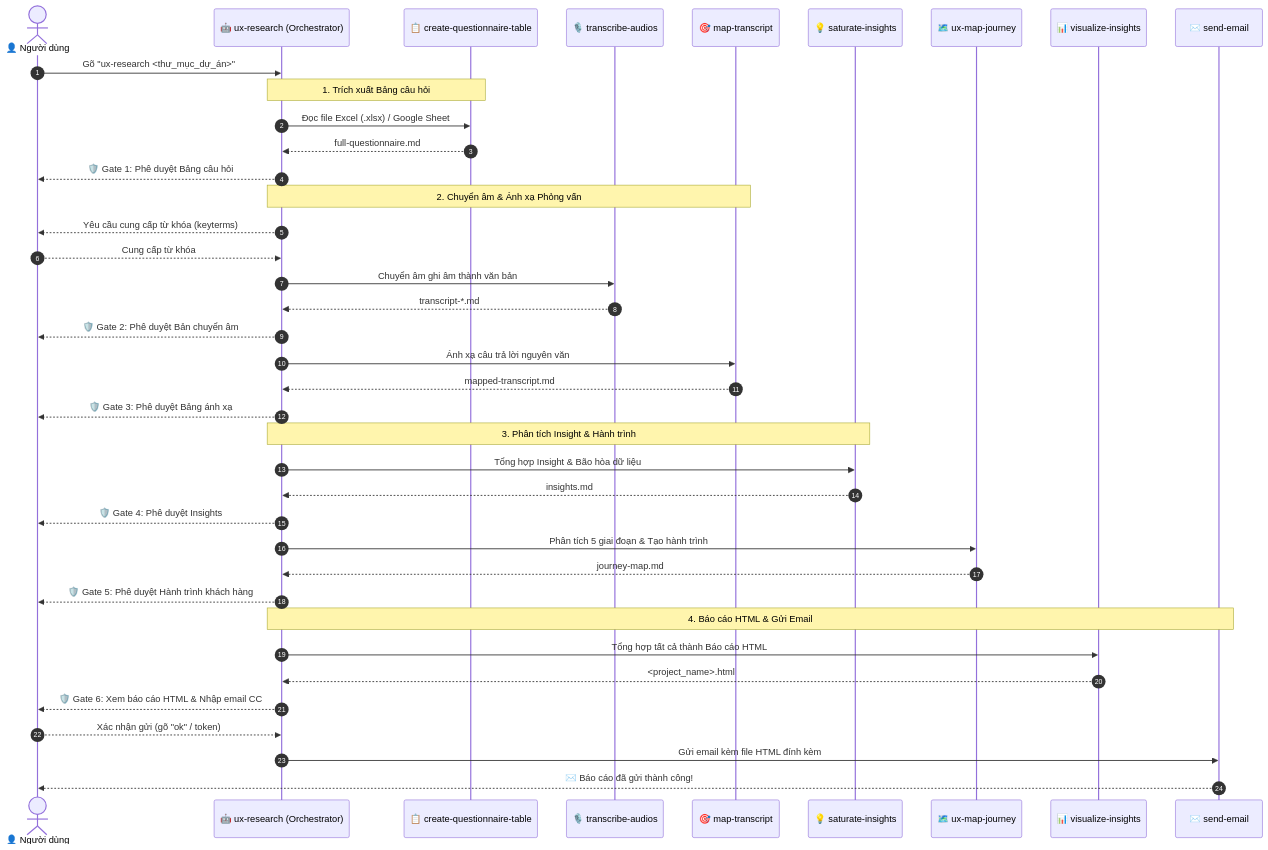
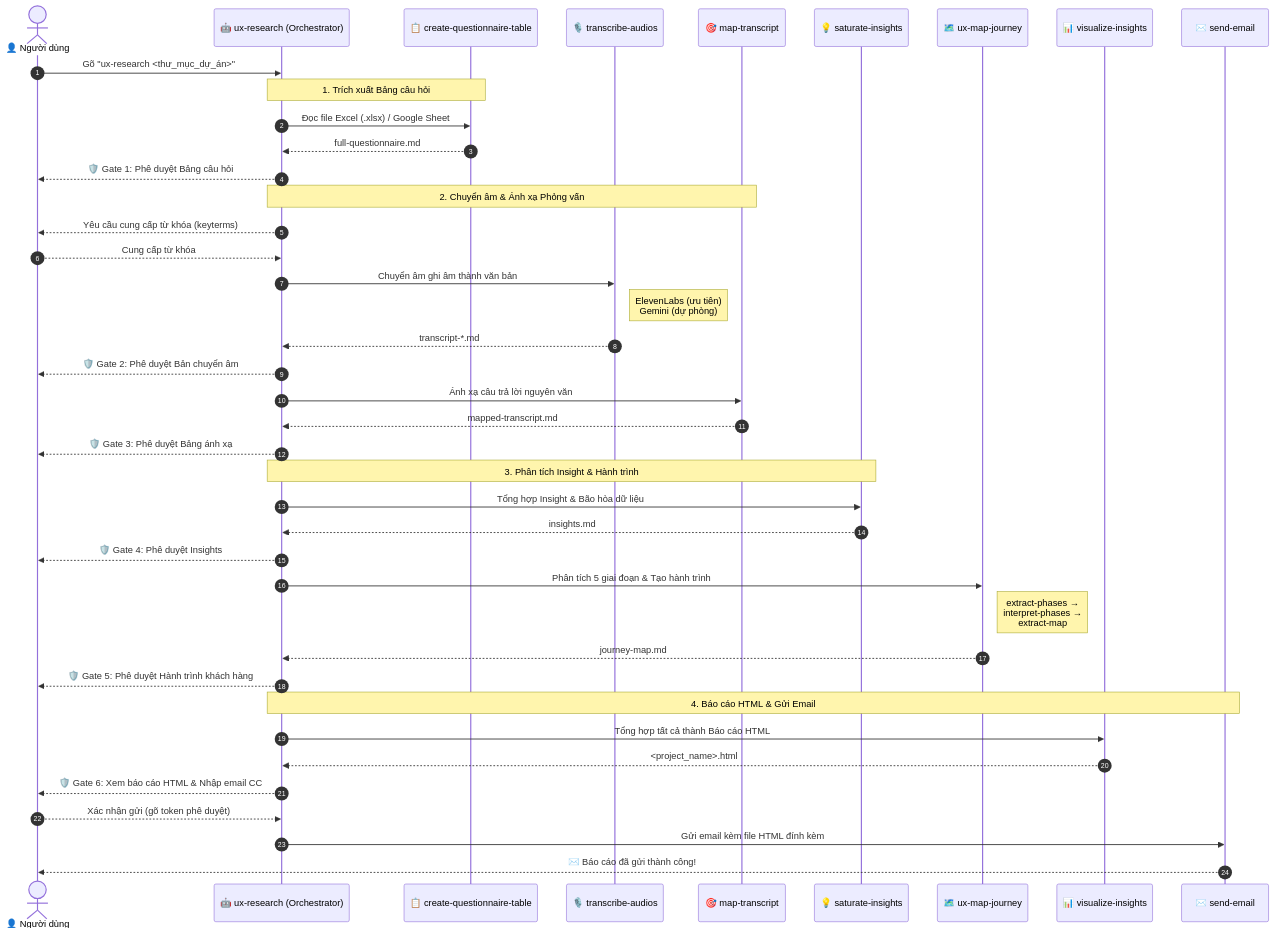
One commit to nguyenlamhai89/UX-Agent changed the diagram in README.md. Above: the diagram before and after it, drawn with Mermaid. The commit also changed other lines of this file, not shown here.

Commit message:
update: README.md with latest architecture, Gemini fallback, and all 9 skills documentation

````diff
--- a/README.md
+++ b/README.md
@@ -42,46 +93,48 @@
 ```mermaid
 sequenceDiagram
     autonumber
     actor User as 👤 Người dùng
     participant Parent as 🤖 ux-research (Orchestrator)
     participant CQT as 📋 create-questionnaire-table
     participant STT as 🎙️ transcribe-audios
     participant MT as 🎯 map-transcript
     participant SA as 💡 saturate-insights
     participant UXM as 🗺️ ux-map-journey
     participant VIS as 📊 visualize-insights
     participant EMAIL as ✉️ send-email
 
     User->>Parent: Gõ "ux-research <thư_mục_dự_án>"
     
     Note over Parent, CQT: 1. Trích xuất Bảng câu hỏi
     Parent->>CQT: Đọc file Excel (.xlsx) / Google Sheet
     CQT-->>Parent: full-questionnaire.md
     Parent-->>User: 🛡️ Gate 1: Phê duyệt Bảng câu hỏi
 
     Note over Parent, MT: 2. Chuyển âm & Ánh xạ Phỏng vấn
     Parent-->>User: Yêu cầu cung cấp từ khóa (keyterms)
     User-->>Parent: Cung cấp từ khóa
     Parent->>STT: Chuyển âm ghi âm thành văn bản
+    Note right of STT: ElevenLabs (ưu tiên)<br/>Gemini (dự phòng)
     STT-->>Parent: transcript-*.md
     Parent-->>User: 🛡️ Gate 2: Phê duyệt Bản chuyển âm
     Parent->>MT: Ánh xạ câu trả lời nguyên văn
     MT-->>Parent: mapped-transcript.md
     Parent-->>User: 🛡️ Gate 3: Phê duyệt Bảng ánh xạ
 
     Note over Parent, SA: 3. Phân tích Insight & Hành trình
     Parent->>SA: Tổng hợp Insight & Bão hòa dữ liệu
     SA-->>Parent: insights.md
     Parent-->>User: 🛡️ Gate 4: Phê duyệt Insights
     Parent->>UXM: Phân tích 5 giai đoạn & Tạo hành trình
+    Note right of UXM: extract-phases →<br/>interpret-phases →<br/>extract-map
     UXM-->>Parent: journey-map.md
     Parent-->>User: 🛡️ Gate 5: Phê duyệt Hành trình khách hàng
 
     Note over Parent, EMAIL: 4. Báo cáo HTML & Gửi Email
     Parent->>VIS: Tổng hợp tất cả thành Báo cáo HTML
     VIS-->>Parent: <project_name>.html
     Parent-->>User: 🛡️ Gate 6: Xem báo cáo HTML & Nhập email CC
-    User-->>Parent: Xác nhận gửi (gõ "ok" / token)
+    User-->>Parent: Xác nhận gửi (gõ token phê duyệt)
     Parent->>EMAIL: Gửi email kèm file HTML đính kèm
     EMAIL-->>User: ✉️ Báo cáo đã gửi thành công!
 ```
````
